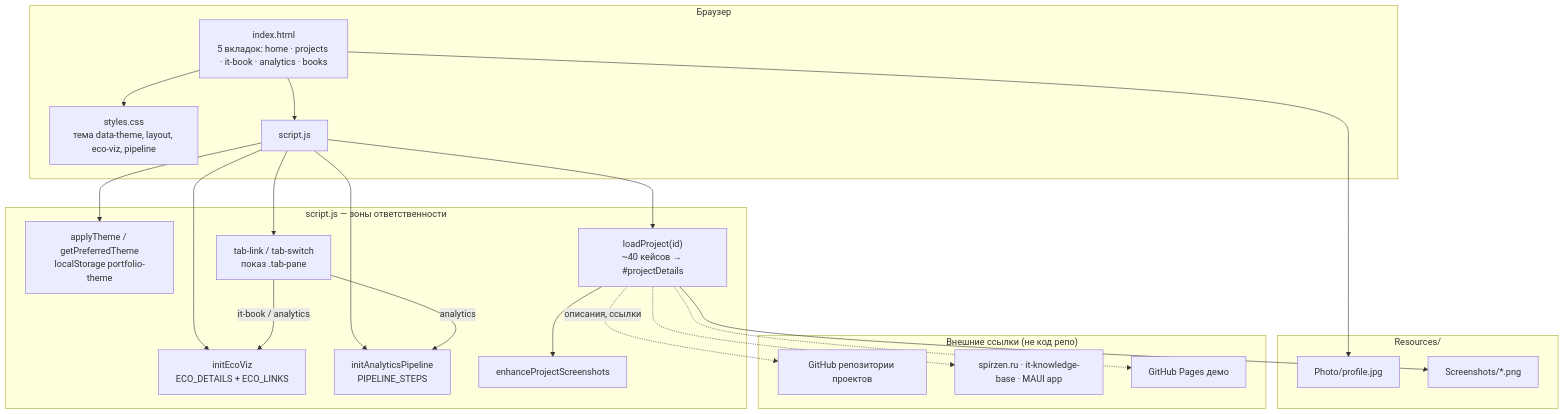
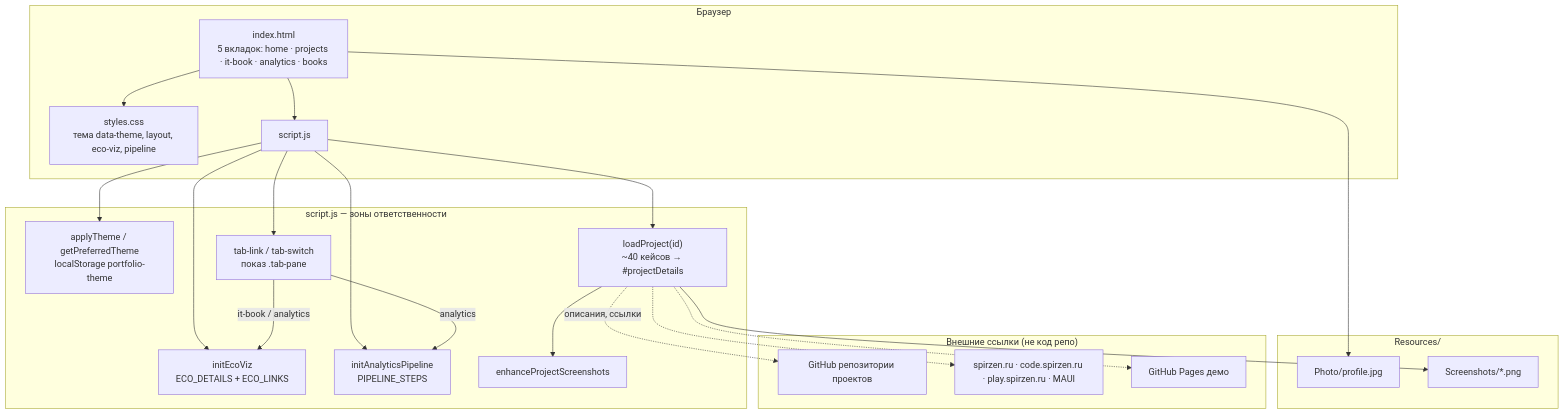
The diagram in README.md (Spirzen/Spirzen.github.io), drawn with Mermaid before and after one commit. The commit also changed other lines of this file and 4 other files, not shown here.

````diff
--- a/README.md
+++ b/README.md
@@ -25,44 +25,44 @@
 ```mermaid
 flowchart TB
     subgraph Browser["Браузер"]
         HTML["index.html<br/>5 вкладок: home · projects · it-book · analytics · books"]
         CSS["styles.css<br/>тема data-theme, layout, eco-viz, pipeline"]
         JS["script.js"]
     end
 
     subgraph Assets["Resources/"]
         Photo["Photo/profile.jpg"]
         Shots["Screenshots/*.png"]
     end
 
     subgraph JS_Modules["script.js — зоны ответственности"]
         Theme["applyTheme / getPreferredTheme<br/>localStorage portfolio-theme"]
         Tabs["tab-link / tab-switch<br/>показ .tab-pane"]
         Eco["initEcoViz<br/>ECO_DETAILS + ECO_LINKS"]
         Pipe["initAnalyticsPipeline<br/>PIPELINE_STEPS"]
         Projects["loadProject(id)<br/>~40 кейсов → #projectDetails"]
         Screens["enhanceProjectScreenshots"]
     end
 
     subgraph External["Внешние ссылки (не код репо)"]
         GH["GitHub репозитории проектов"]
-        Spirzen["spirzen.ru · it-knowledge-base · MAUI app"]
+        Spirzen["spirzen.ru · code.spirzen.ru · play.spirzen.ru · MAUI"]
         Demo["GitHub Pages демо"]
     end
 
     HTML --> CSS
     HTML --> JS
     JS --> Theme
     JS --> Tabs
     JS --> Eco
     JS --> Pipe
     JS --> Projects
     Projects --> Shots
     HTML --> Photo
     Projects -.->|описания, ссылки| GH
     Projects -.-> Spirzen
     Projects -.-> Demo
     Tabs -->|it-book / analytics| Eco
     Tabs -->|analytics| Pipe
     Projects --> Screens
 ```
````
